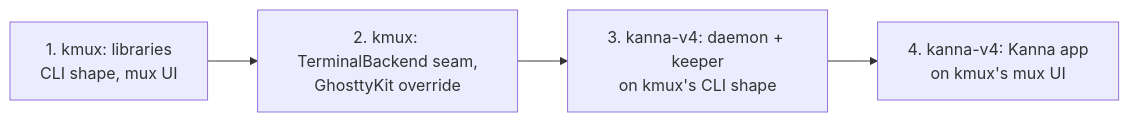
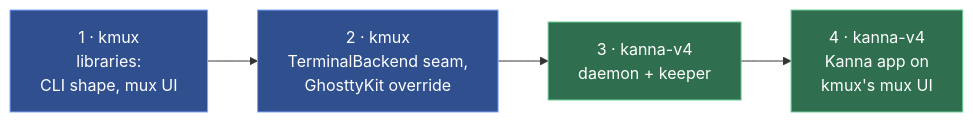
One commit to jemdiggity/kanna-v4 changed the ninth of 9 diagrams in docs/research/mux-architecture.md. Above: the diagram before and after it, drawn with Mermaid. The commit also changed other lines of this file, not shown here.

Commit message:
Mux architecture: beautify the diagrams (colours by owner, processes as boxes, layers as bars)

````diff
--- a/docs/research/mux-architecture.md
+++ b/docs/research/mux-architecture.md
@@ -289,6 +308,13 @@
 ```mermaid
 flowchart LR
-    S1["1. kmux: libraries<br/>CLI shape, mux UI"] --> S2["2. kmux: TerminalBackend seam,<br/>GhosttyKit override"]
-    S2 --> S3["3. kanna-v4: daemon + keeper<br/>on kmux's CLI shape"]
-    S3 --> S4["4. kanna-v4: Kanna app<br/>on kmux's mux UI"]
+    S1["1 · kmux<br/>libraries:<br/>CLI shape, mux UI"] --> S2["2 · kmux<br/>TerminalBackend seam,<br/>GhosttyKit override"]
+    S2 --> S3["3 · kanna-v4<br/>daemon + keeper"]
+    S3 --> S4["4 · kanna-v4<br/>Kanna app on<br/>kmux's mux UI"]
+    classDef kanna fill:#2f6f4f,stroke:#6fcf97,color:#ffffff
+    classDef kmux fill:#2f4f8f,stroke:#7fa7ff,color:#ffffff
+    classDef kmuxapp fill:#4f3f7f,stroke:#b39cff,color:#ffffff
+    classDef os fill:#4a4a55,stroke:#9a9aa8,color:#ffffff
+    classDef ext fill:#6b4f2f,stroke:#e0a960,color:#ffffff
+    class S1,S2 kmux
+    class S3,S4 kanna
 ```
````
